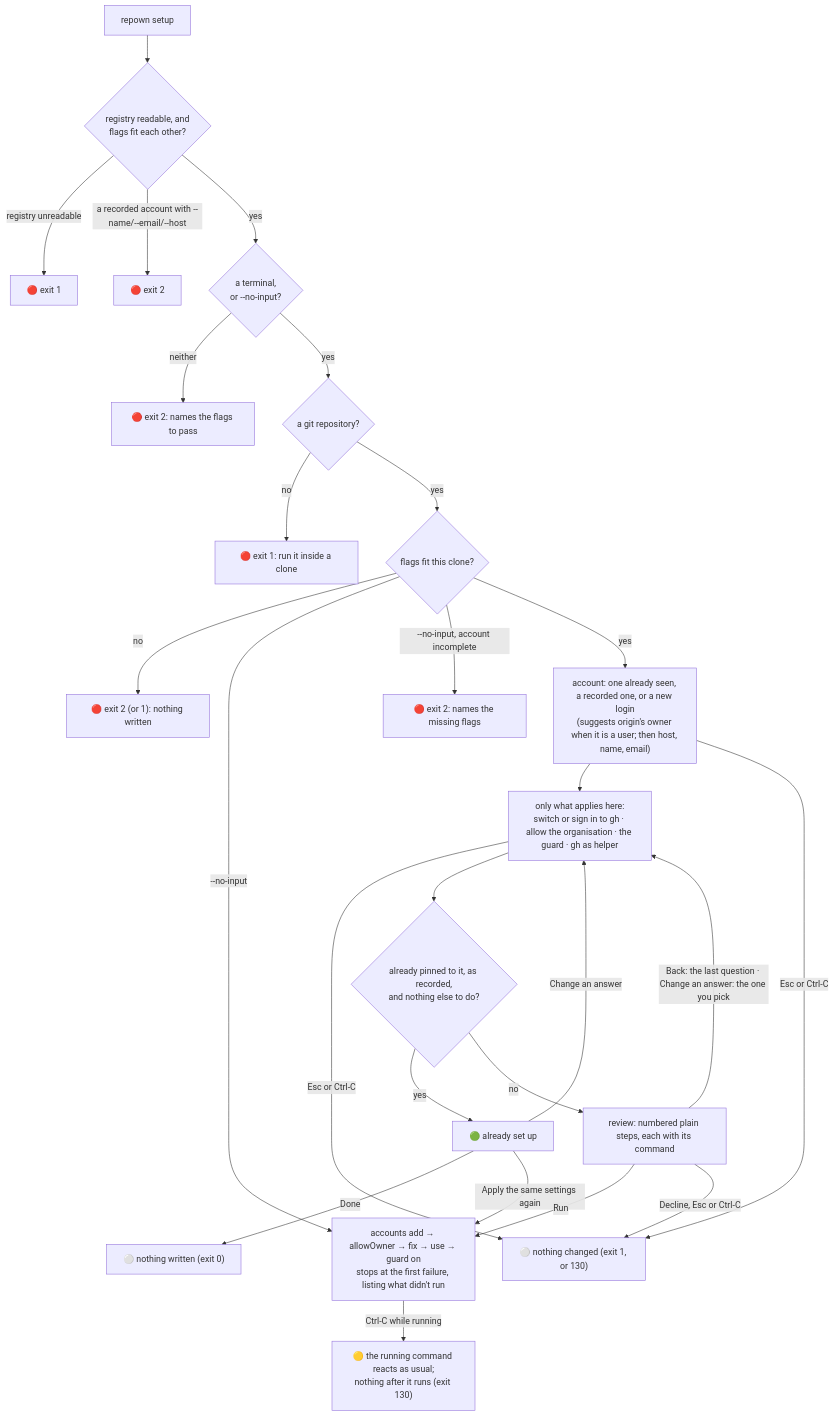
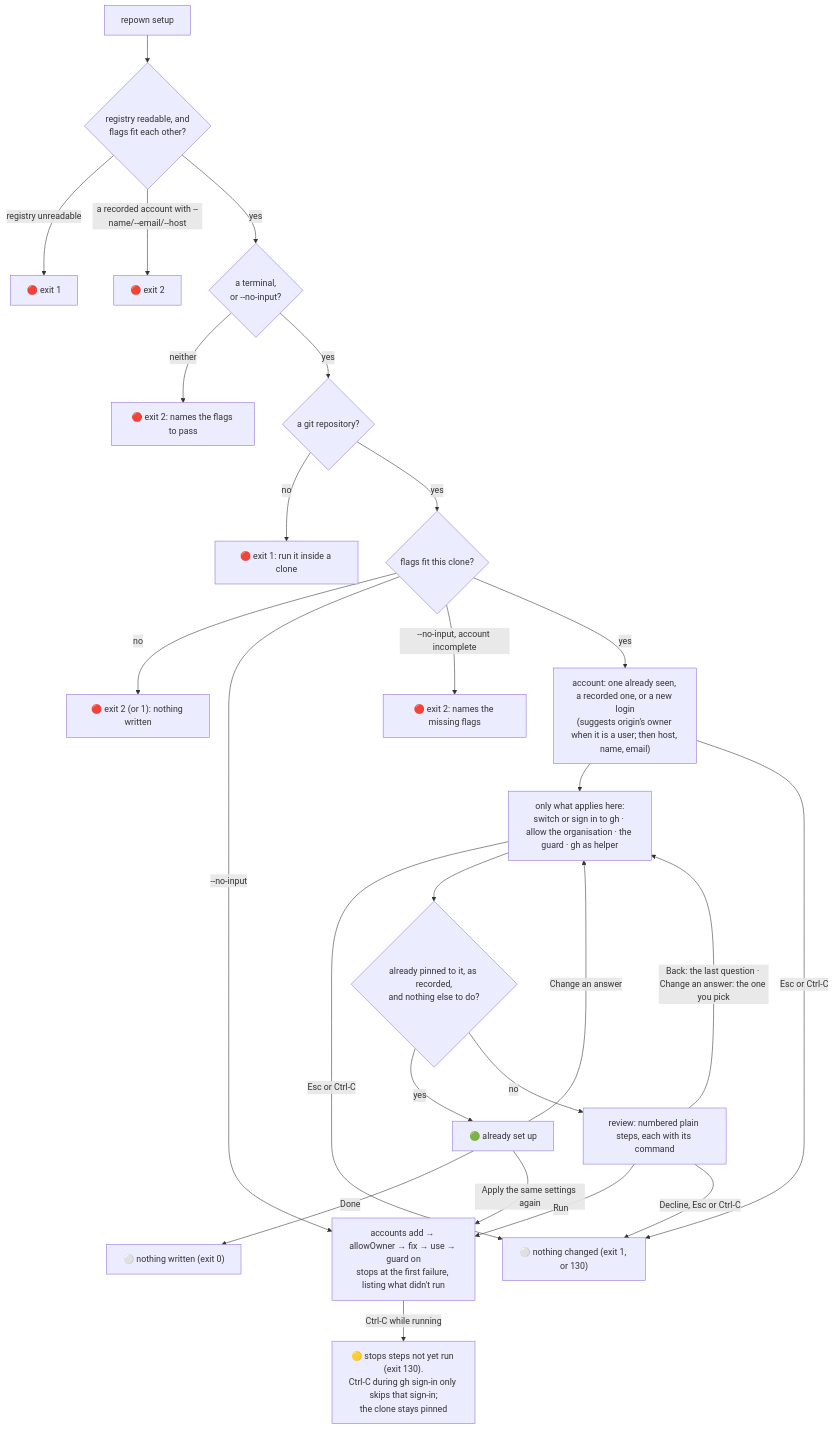
The ninth of 9 diagrams in docs/HOW-IT-WORKS.md (makubexD/repown), drawn with Mermaid before and after one commit. The commit also changed other lines of this file and 15 other files, not shown here.

````diff
--- a/docs/HOW-IT-WORKS.md
+++ b/docs/HOW-IT-WORKS.md
@@ -544,28 +547,28 @@
 ```mermaid
 flowchart TD
   S[repown setup] --> G{"registry readable, and<br/>flags fit each other?"}
   G -->|registry unreadable| X0["🔴 exit 1"]
   G -->|a recorded account with --name/--email/--host| X4["🔴 exit 2"]
   G -->|yes| T{"a terminal,<br/>or --no-input?"}
   T -->|neither| X2["🔴 exit 2: names the flags to pass"]
   T -->|yes| R{"a git repository?"}
   R -->|no| X1["🔴 exit 1: run it inside a clone"]
   R -->|yes| F{"flags fit this clone?"}
   F -->|no| X3["🔴 exit 2 (or 1): nothing written"]
   F -->|--no-input| C
   F -->|--no-input, account incomplete| X5["🔴 exit 2: names the missing flags"]
   F -->|yes| A["account: one already seen, a recorded one, or a new login<br/>(suggests origin's owner when it is a user; then host, name, email)"]
   A --> Q["only what applies here:<br/>switch or sign in to gh · allow the organisation · the guard · gh as helper"]
   A -->|Esc or Ctrl-C| N
   Q -->|Esc or Ctrl-C| N
   Q --> K{"already pinned to it, as recorded,<br/>and nothing else to do?"}
   K -->|yes| D["🟢 already set up"]
   D -->|Done| DN["⚪ nothing written (exit 0)"]
   D -->|Apply the same settings again| C
   D -->|Change an answer| Q
   K -->|no| V["review: numbered plain steps, each with its command"]
   V -->|Run| C["accounts add → allowOwner → fix → use → guard on<br/>stops at the first failure, listing what didn't run"]
   V -->|"Back: the last question · Change an answer: the one you pick"| Q
   V -->|Decline, Esc or Ctrl-C| N["⚪ nothing changed (exit 1, or 130)"]
-  C -->|Ctrl-C while running| I["🟡 the running command reacts as usual;<br/>nothing after it runs (exit 130)"]
+  C -->|Ctrl-C while running| I["🟡 stops steps not yet run (exit 130).<br/>Ctrl-C during gh sign-in only skips that sign-in;<br/>the clone stays pinned"]
 ```
````
